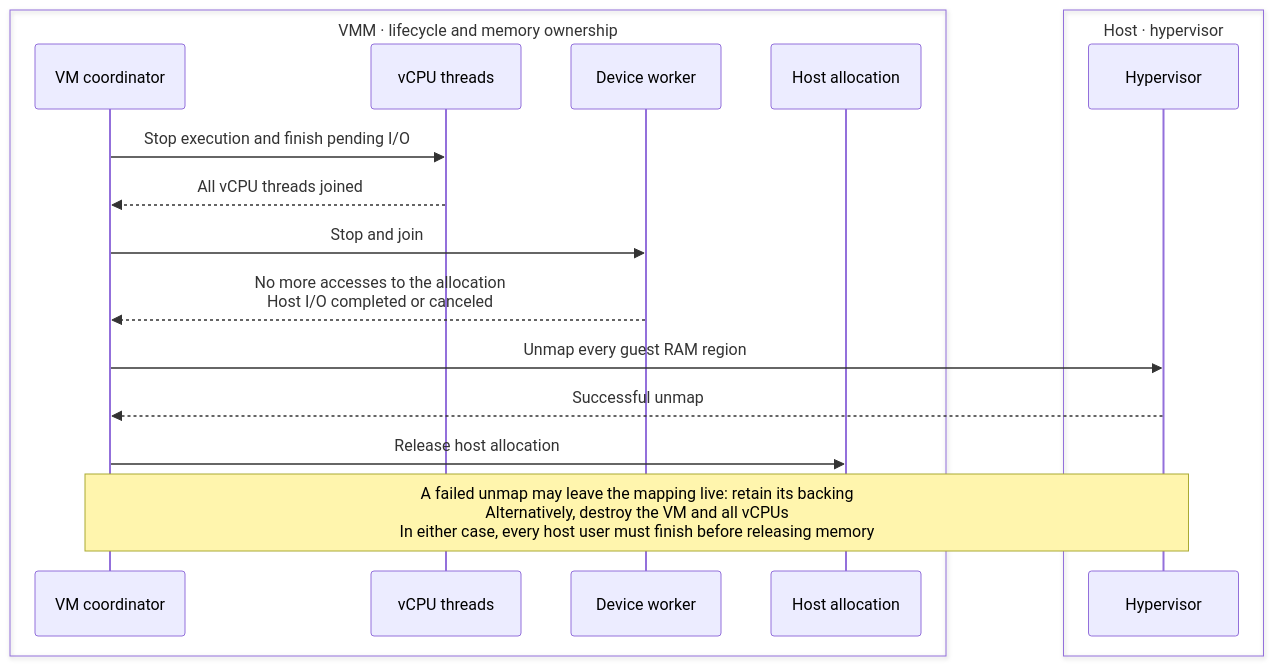
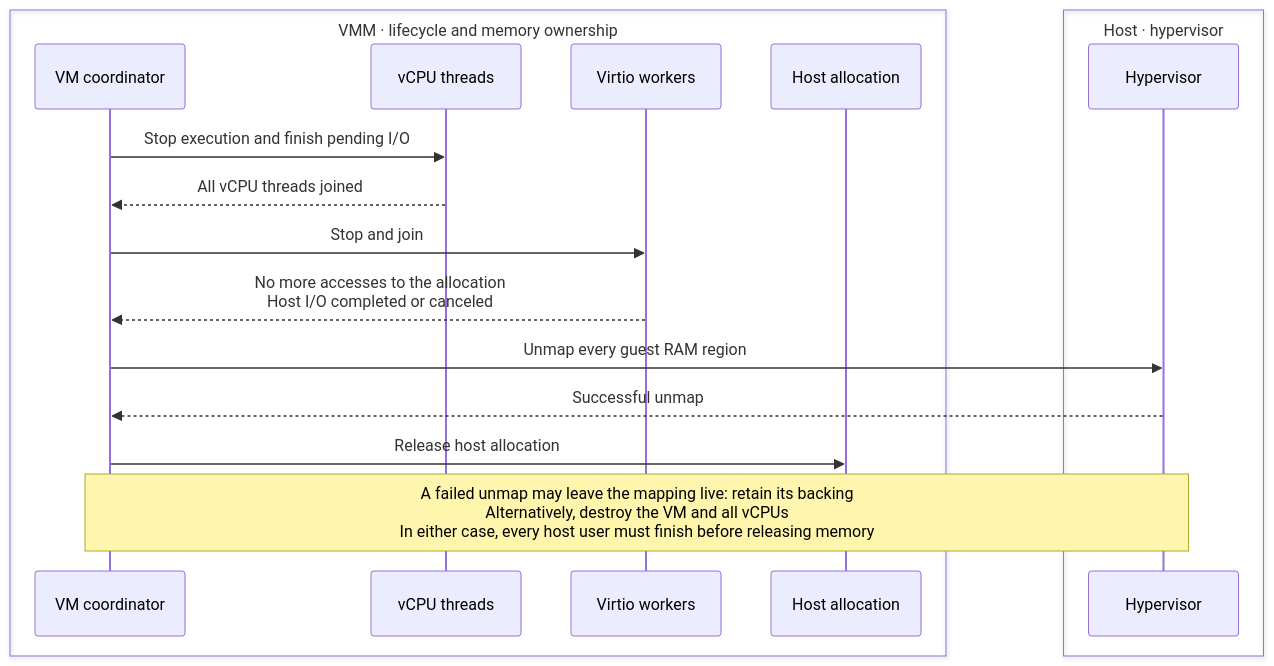
The seventh of 9 diagrams in docs/contributing/architecture/vmm/memory.md (boxlite-ai/boxlite), drawn with Mermaid before and after one commit. The commit also changed other lines of this file and 21 other files, not shown here.

First line of the commit message:
feat(vmm): add the virtio workers

````diff
--- a/docs/contributing/architecture/vmm/memory.md
+++ b/docs/contributing/architecture/vmm/memory.md
@@ -266,27 +266,27 @@
 ```mermaid
 sequenceDiagram
   box VMM · lifecycle and memory ownership
     participant coordinator as VM coordinator
     participant vcpus as vCPU threads
-    participant worker as Device worker
+    participant worker as Virtio workers
     participant backing as Host allocation
   end
   box Host · hypervisor
     participant host_api as Hypervisor
   end
   %% edge:memory_8_e1
   coordinator->>vcpus: Stop execution and finish pending I/O
   %% edge:memory_8_e2
   vcpus-->>coordinator: All vCPU threads joined
   %% edge:memory_8_e3
   coordinator->>worker: Stop and join
   %% edge:memory_8_e4
   worker-->>coordinator: No more accesses to the allocation<br/>Host I/O completed or canceled
   %% edge:memory_8_e5
   coordinator->>host_api: Unmap every guest RAM region
   %% edge:memory_8_e6
   host_api-->>coordinator: Successful unmap
   %% edge:memory_8_e7
   coordinator->>backing: Release host allocation
   Note over coordinator,host_api: A failed unmap may leave the mapping live: retain its backing<br/>Alternatively, destroy the VM and all vCPUs<br/>In either case, every host user must finish before releasing memory
 ```
````
